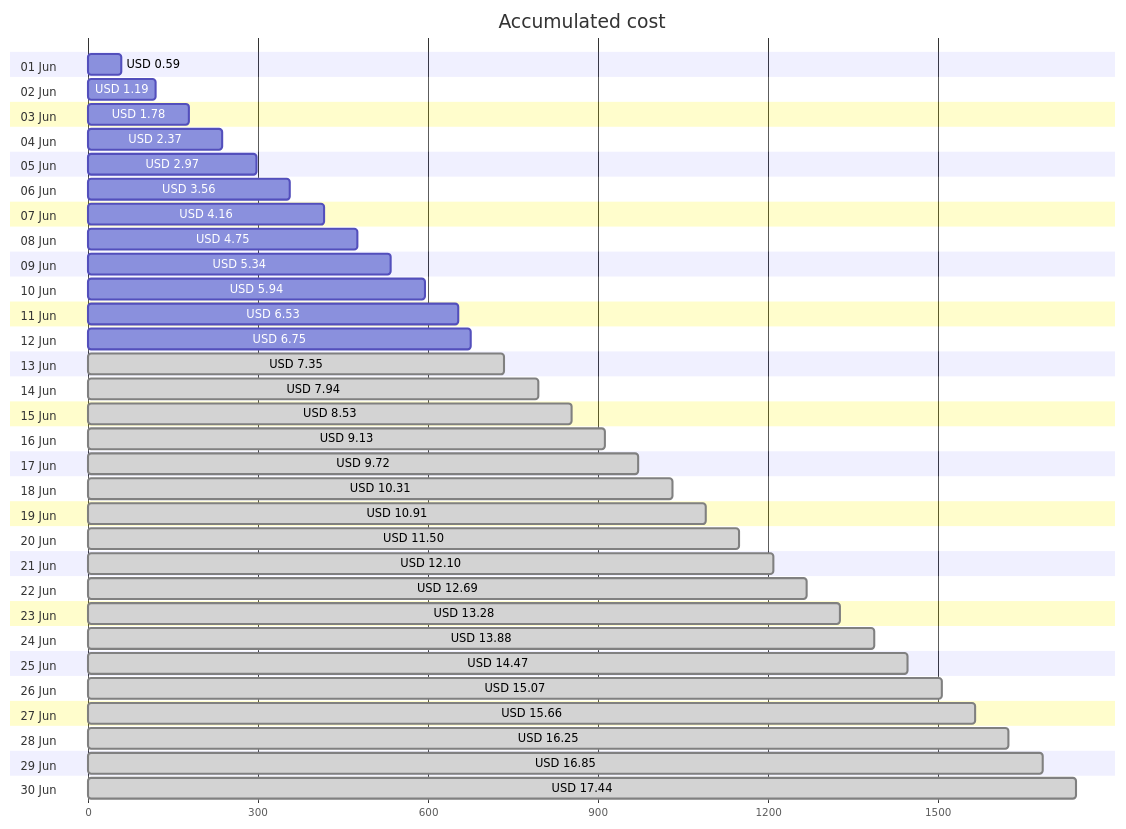
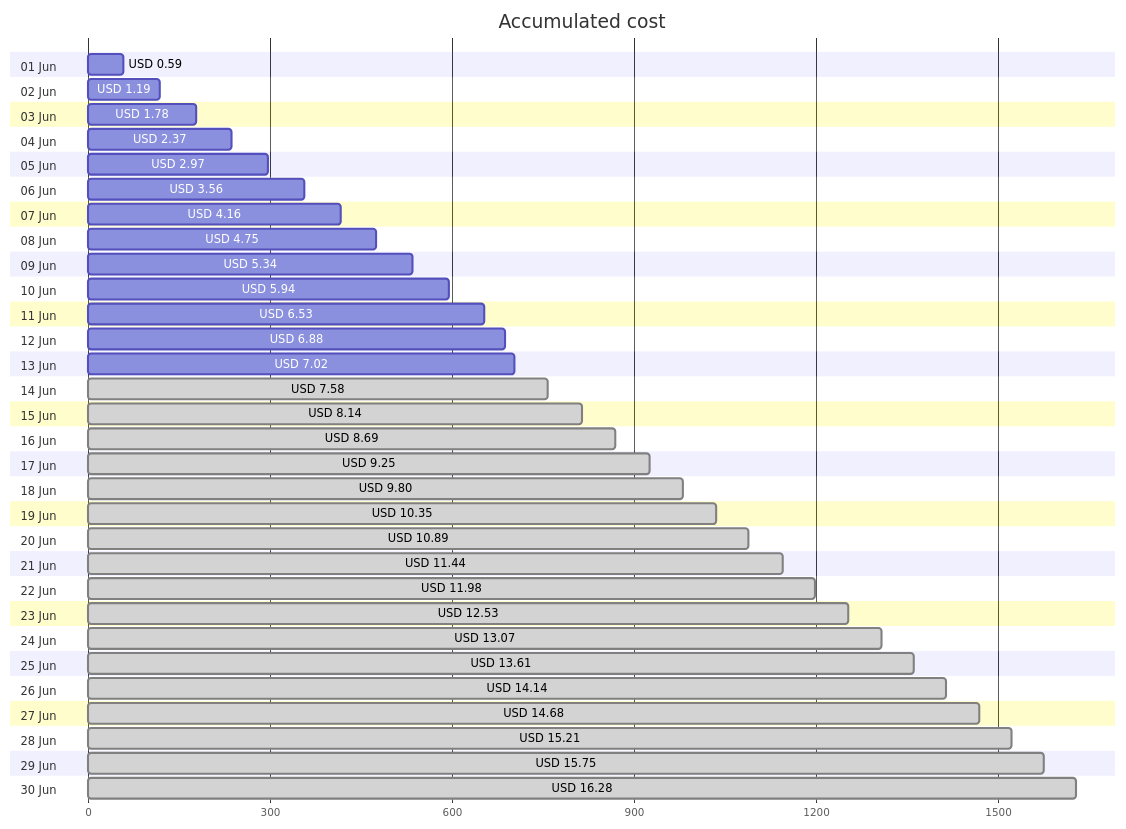
The first of 4 diagrams in cost-reports/personal-site/README.md (jpfulton/azure-personal-reports), drawn with Mermaid before and after one commit. The commit also changed other lines of this file and 6 other files, not shown here.

````diff
--- a/cost-reports/personal-site/README.md
+++ b/cost-reports/personal-site/README.md
@@ -20,66 +20,66 @@
 ```mermaid
 gantt
    title Accumulated cost
    dateFormat  X
    axisFormat %s
    section 01 Jun
    USD 0.59 :0, 59
    section 02 Jun
    USD 1.19 :0, 119
    section 03 Jun
    USD 1.78 :0, 178
    section 04 Jun
    USD 2.37 :0, 237
    section 05 Jun
    USD 2.97 :0, 297
    section 06 Jun
    USD 3.56 :0, 356
    section 07 Jun
    USD 4.16 :0, 416
    section 08 Jun
    USD 4.75 :0, 475
    section 09 Jun
    USD 5.34 :0, 534
    section 10 Jun
    USD 5.94 :0, 594
    section 11 Jun
    USD 6.53 :0, 653
    section 12 Jun
-   USD 6.75 :0, 675
+   USD 6.88 :0, 688
    section 13 Jun
-   USD 7.35 : done, 0, 735
+   USD 7.02 :0, 702
    section 14 Jun
-   USD 7.94 : done, 0, 794
+   USD 7.58 : done, 0, 758
    section 15 Jun
-   USD 8.53 : done, 0, 853
+   USD 8.14 : done, 0, 814
    section 16 Jun
-   USD 9.13 : done, 0, 913
+   USD 8.69 : done, 0, 869
    section 17 Jun
-   USD 9.72 : done, 0, 972
+   USD 9.25 : done, 0, 925
    section 18 Jun
-   USD 10.31 : done, 0, 1031
+   USD 9.80 : done, 0, 980
    section 19 Jun
-   USD 10.91 : done, 0, 1091
+   USD 10.35 : done, 0, 1035
    section 20 Jun
-   USD 11.50 : done, 0, 1150
+   USD 10.89 : done, 0, 1089
    section 21 Jun
-   USD 12.10 : done, 0, 1210
+   USD 11.44 : done, 0, 1144
    section 22 Jun
-   USD 12.69 : done, 0, 1269
+   USD 11.98 : done, 0, 1198
    section 23 Jun
-   USD 13.28 : done, 0, 1328
+   USD 12.53 : done, 0, 1253
    section 24 Jun
-   USD 13.88 : done, 0, 1388
+   USD 13.07 : done, 0, 1307
    section 25 Jun
-   USD 14.47 : done, 0, 1447
+   USD 13.61 : done, 0, 1361
    section 26 Jun
-   USD 15.07 : done, 0, 1507
+   USD 14.14 : done, 0, 1414
    section 27 Jun
-   USD 15.66 : done, 0, 1566
+   USD 14.68 : done, 0, 1468
    section 28 Jun
-   USD 16.25 : done, 0, 1625
+   USD 15.21 : done, 0, 1521
    section 29 Jun
-   USD 16.85 : done, 0, 1685
+   USD 15.75 : done, 0, 1575
    section 30 Jun
-   USD 17.44 : done, 0, 1744
+   USD 16.28 : done, 0, 1628
 ```
````
